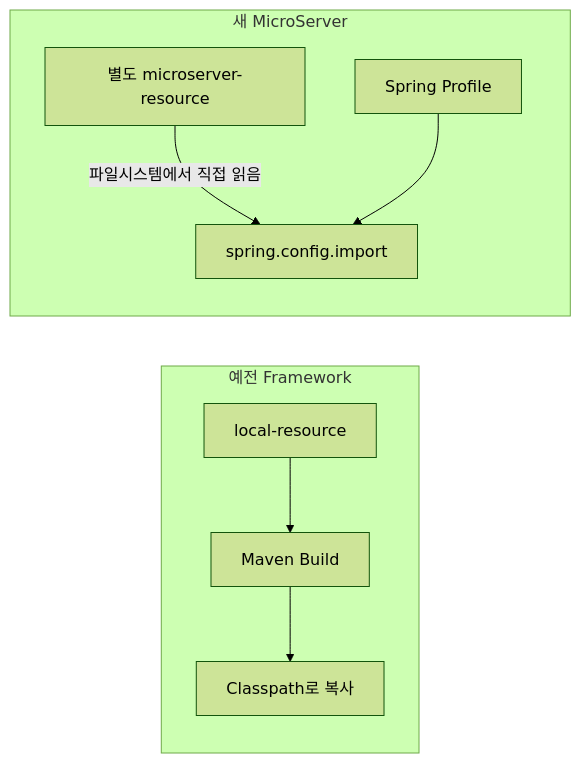
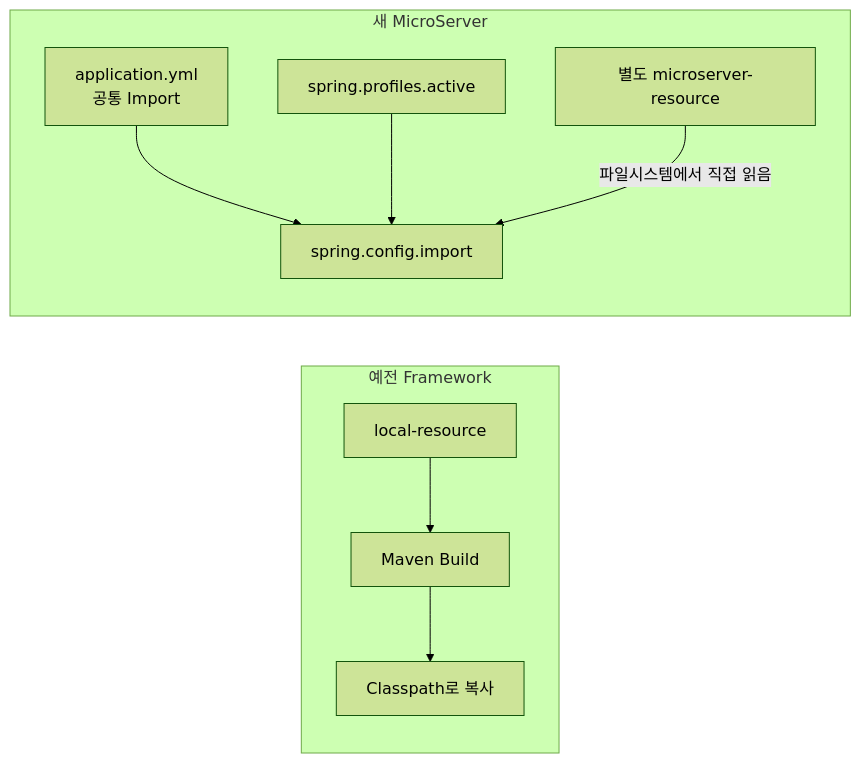
One commit to Team-Microserver/microserver-docs changed the fourth of 6 diagrams in docs/04_multi_project_framework/01_datasource/datasource_framework_setup.md. Above: the diagram before and after it, drawn with Mermaid (forest theme). The commit also changed other lines of this file and 4 other files, not shown here.

````diff
--- a/docs/04_multi_project_framework/01_datasource/datasource_framework_setup.md
+++ b/docs/04_multi_project_framework/01_datasource/datasource_framework_setup.md
@@ -418,17 +432,20 @@
 ```mermaid
 flowchart LR
     subgraph OLD["예전 Framework"]
         OR["local-resource"]
         BUILD["Maven Build"]
         CP["Classpath로 복사"]
         OR --> BUILD --> CP
     end
 
     subgraph NEW["새 MicroServer"]
+        APP["application.yml<br/>공통 Import"]
+        PROFILE["spring.profiles.active"]
         NR["별도 microserver-resource"]
-        PROFILE["Spring Profile"]
         IMPORT["spring.config.import"]
+
+        APP --> IMPORT
+        PROFILE --> IMPORT
         NR -->|"파일시스템에서 직접 읽음"| IMPORT
-        PROFILE --> IMPORT
     end
 ```
````
